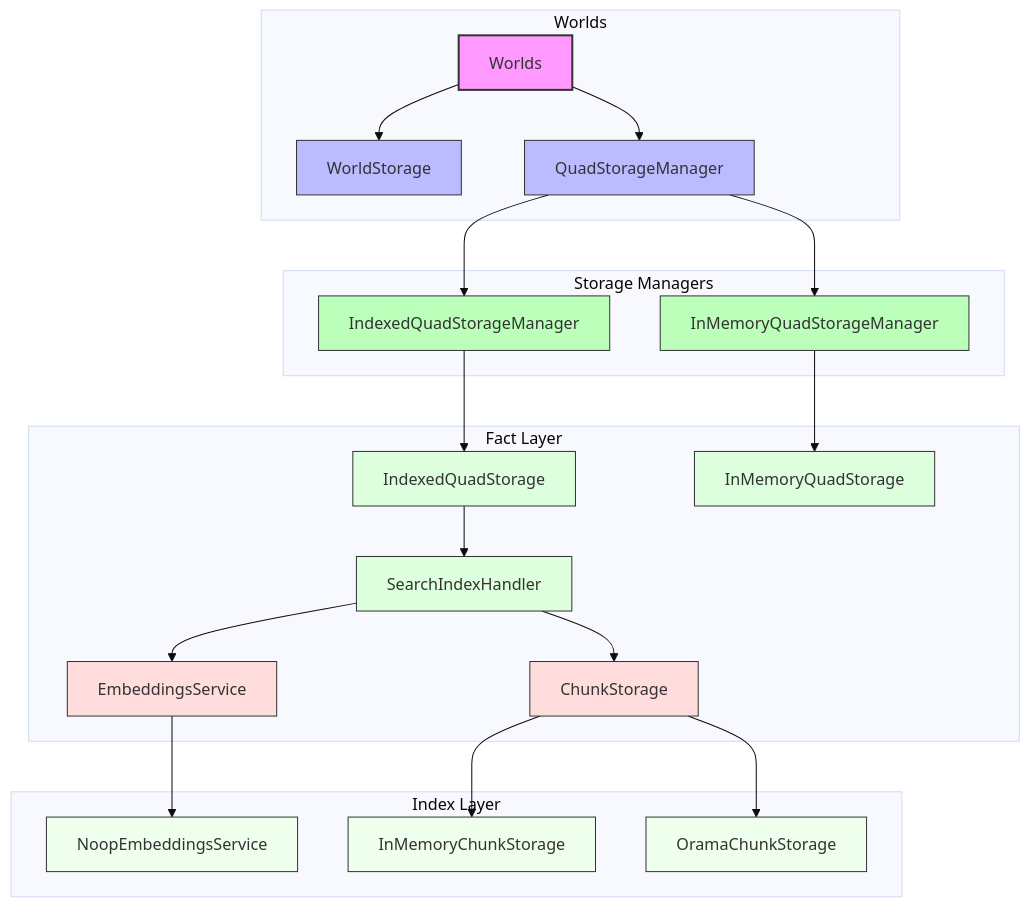
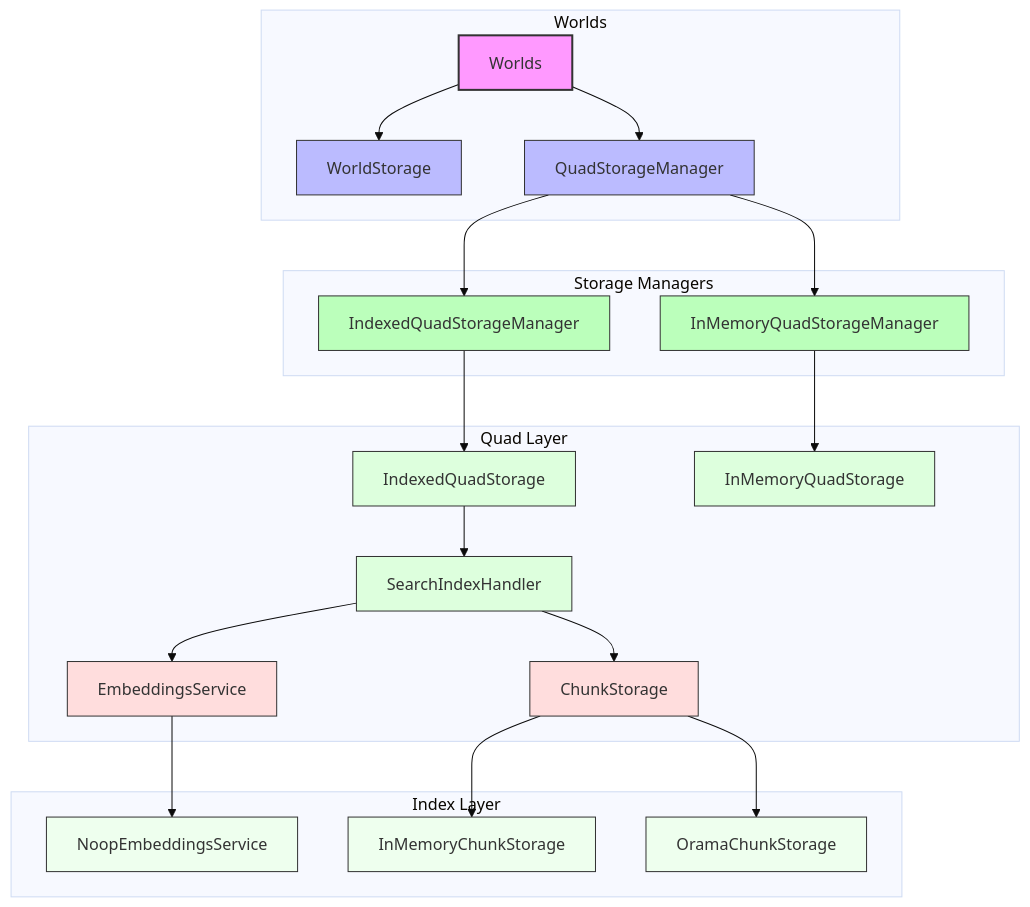
One commit to wazootech/worlds-api changed the fifth of 5 diagrams in docs/ARCHITECTURE.md. Above: the diagram before and after it, drawn with Mermaid (base theme). The commit also changed other lines of this file, not shown here.

First line of the commit message:
docs: finish fact->quad terminology in architecture diagrams

````diff
--- a/docs/ARCHITECTURE.md
+++ b/docs/ARCHITECTURE.md
@@ -311,40 +310,40 @@
 ```mermaid
 flowchart TB
     subgraph Worlds
         A[Worlds] --> B[WorldStorage]
         A --> C[QuadStorageManager]
     end
     
     subgraph Storage Managers
         C --> D[IndexedQuadStorageManager]
         C --> E[InMemoryQuadStorageManager]
     end
     
-    subgraph Fact Layer
+    subgraph Quad Layer
         D --> F[IndexedQuadStorage]
         E --> G[InMemoryQuadStorage]
         F --> H[SearchIndexHandler]
         H --> I[EmbeddingsService]
         H --> J[ChunkStorage]
     end
     
     subgraph Index Layer
         I --> K[NoopEmbeddingsService]
         J --> L[InMemoryChunkStorage]
         J --> M[OramaChunkStorage]
     end
     
     style A fill:#f9f,stroke:#333,stroke-width:2px
     style B fill:#bbf,stroke:#333
     style C fill:#bbf,stroke:#333
     style D fill:#bfb,stroke:#333
     style E fill:#bfb,stroke:#333
     style F fill:#dfd,stroke:#333
     style G fill:#dfd,stroke:#333
     style H fill:#dfd,stroke:#333
     style I fill:#fdd,stroke:#333
     style J fill:#fdd,stroke:#333
     style K fill:#efe,stroke:#333
     style L fill:#efe,stroke:#333
     style M fill:#efe,stroke:#333
 ```
````
